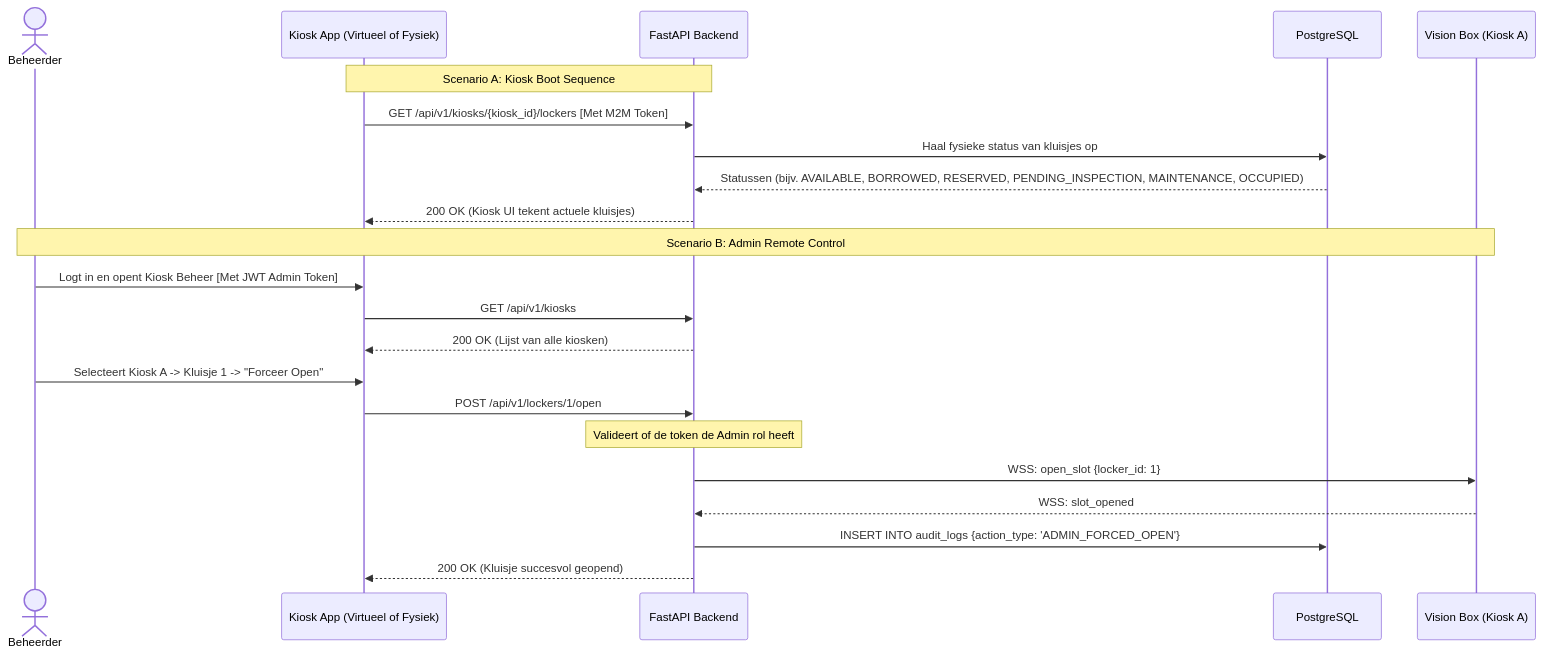
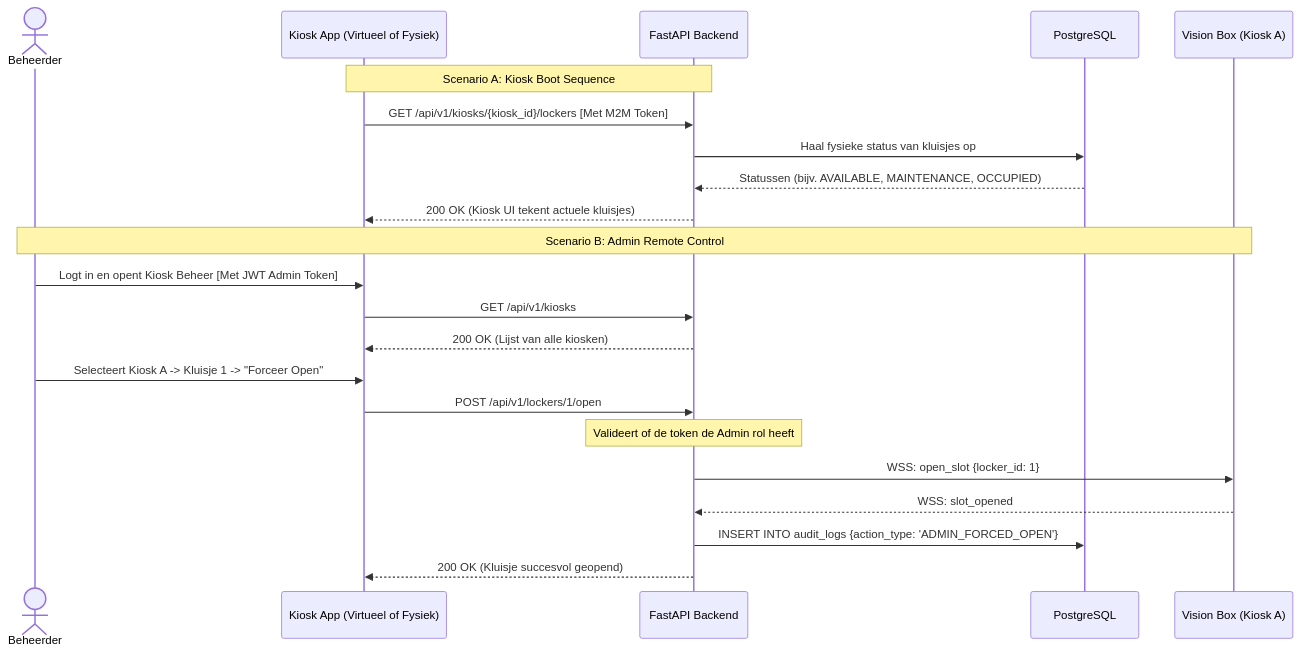
The diagram in docs/diagrams/sequence_admin_sync.mmd (easylend-practice-enterprise/easylend), drawn with Mermaid before and after one commit.

Commit message:
Potential fix for pull request finding

```diff
--- a/docs/diagrams/sequence_admin_sync.mmd
+++ b/docs/diagrams/sequence_admin_sync.mmd
@@ -1,25 +1,25 @@
 sequenceDiagram
     actor Admin as Beheerder
     participant App as Kiosk App (Virtueel of Fysiek)
     participant API as FastAPI Backend
     participant DB as PostgreSQL
     participant VB as Vision Box (Kiosk A)
 
     Note over App,API: Scenario A: Kiosk Boot Sequence
     App->>API: GET /api/v1/kiosks/{kiosk_id}/lockers [Met M2M Token]
     API->>DB: Haal fysieke status van kluisjes op
-    DB-->>API: Statussen (bijv. AVAILABLE, BORROWED, RESERVED, PENDING_INSPECTION, MAINTENANCE, OCCUPIED)
+    DB-->>API: Statussen (bijv. AVAILABLE, MAINTENANCE, OCCUPIED)
     API-->>App: 200 OK (Kiosk UI tekent actuele kluisjes)
 
     Note over Admin,VB: Scenario B: Admin Remote Control
     Admin->>App: Logt in en opent Kiosk Beheer [Met JWT Admin Token]
     App->>API: GET /api/v1/kiosks
     API-->>App: 200 OK (Lijst van alle kiosken)
 
     Admin->>App: Selecteert Kiosk A -> Kluisje 1 -> "Forceer Open"
     App->>API: POST /api/v1/lockers/1/open
     Note over API: Valideert of de token de Admin rol heeft
     API->>VB: WSS: open_slot {locker_id: 1}
     VB-->>API: WSS: slot_opened
     API->>DB: INSERT INTO audit_logs {action_type: 'ADMIN_FORCED_OPEN'}
     API-->>App: 200 OK (Kluisje succesvol geopend)
```
